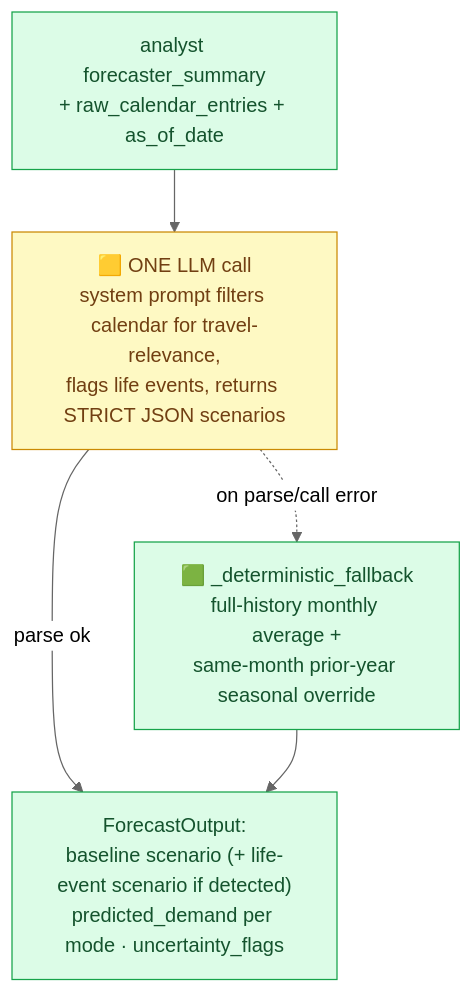
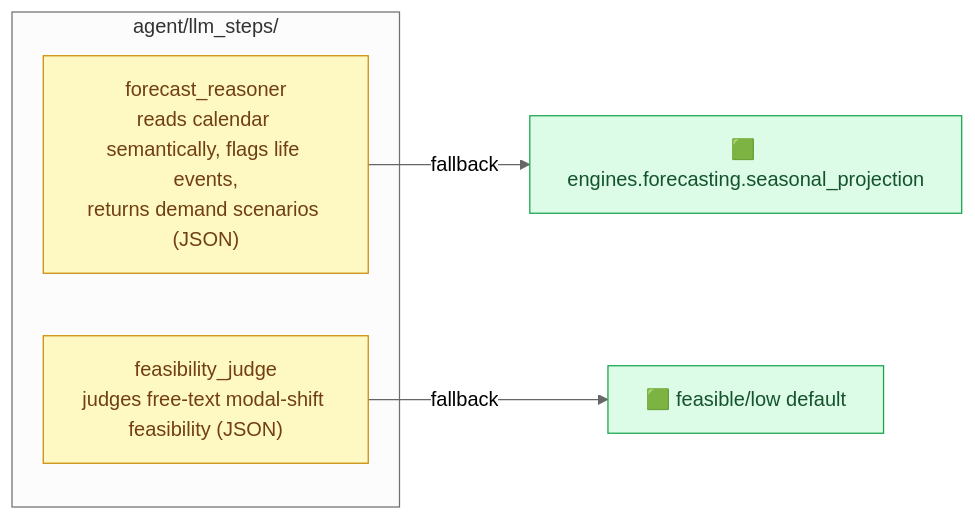
The sixth of 13 diagrams in DELIVERABLES/BACKEND_ARCHITECTURE_REPORT.md (tjorgeo/AIIM_DB_mobility_advisior), drawn with Mermaid (neutral theme) before and after one commit. The commit also changed other lines of this file and 2 other files, not shown here.

First line of the commit message:
Refactor test mode factors to dynamically locate gen_personas.py

````diff
--- a/DELIVERABLES/BACKEND_ARCHITECTURE_REPORT.md
+++ b/DELIVERABLES/BACKEND_ARCHITECTURE_REPORT.md
@@ -315,12 +243,13 @@
 ```mermaid
-flowchart TD
-    IN["analyst forecaster_summary<br/>+ raw_calendar_entries + as_of_date"] --> LLM["🟨 ONE LLM call<br/>system prompt filters calendar for travel-relevance,<br/>flags life events, returns STRICT JSON scenarios"]
-    LLM -->|parse ok| OUT["ForecastOutput:<br/>baseline scenario (+ life-event scenario if detected)<br/>predicted_demand per mode · uncertainty_flags"]
-    LLM -.->|on parse/call error| DET["🟩 _deterministic_fallback<br/>full-history monthly average +<br/>same-month prior-year seasonal override"]
-    DET --> OUT
-
+flowchart LR
+    subgraph steps["agent/llm_steps/"]
+        FR["forecast_reasoner<br/>reads calendar semantically, flags life events,<br/>returns demand scenarios (JSON)"]
+        FJ["feasibility_judge<br/>judges free-text modal-shift feasibility (JSON)"]
+    end
+    FR -->|fallback| SP["🟩 engines.forecasting.seasonal_projection"]
+    FJ -->|fallback| DF["🟩 feasible/low default"]
     classDef det fill:#dcfce7,stroke:#16a34a,color:#14532d;
     classDef llm fill:#fef9c3,stroke:#ca8a04,color:#713f12;
-    class IN,DET,OUT det;
-    class LLM llm;
+    class FR,FJ llm;
+    class SP,DF det;
 ```
````
